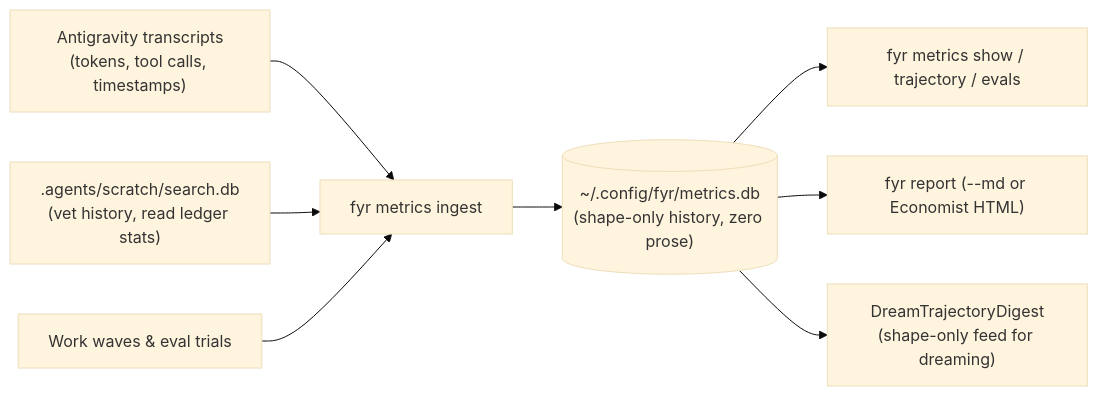
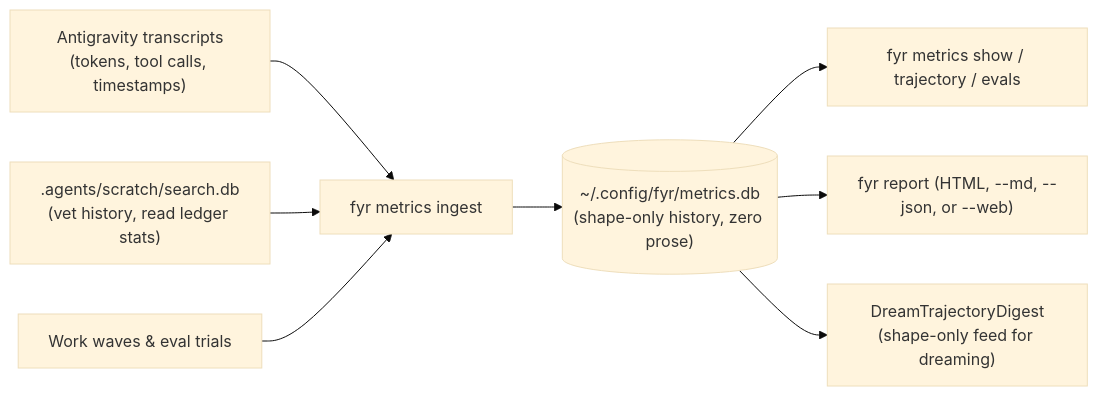
One commit to kesokaj/fyr changed the first of 2 diagrams in features/metrics-and-reports.md. Above: the diagram before and after it, drawn with Mermaid (base theme). The commit also changed other lines of this file and 12 other files, not shown here.

Commit message:
docs, graph, metrics: v9.4.0 living specs, reviews, Playwright E2E, and Wave 4b closeout

````diff
--- a/features/metrics-and-reports.md
+++ b/features/metrics-and-reports.md
@@ -9,10 +9,10 @@
 ```mermaid
 flowchart LR
     agyConv["Antigravity transcripts\n(tokens, tool calls, timestamps)"] --> ingestCmd["fyr metrics ingest"]
     searchDB[".agents/scratch/search.db\n(vet history, read ledger stats)"] --> ingestCmd
     waveStatus["Work waves & eval trials"] --> ingestCmd
     ingestCmd --> metricsDB[("~/.config/fyr/metrics.db\n(shape-only history, zero prose)")]
     metricsDB --> showCli["fyr metrics show / trajectory / evals"]
-    metricsDB --> reportCmd["fyr report (--md or Economist HTML)"]
+    metricsDB --> reportCmd["fyr report (HTML, --md, --json, or --web)"]
     metricsDB --> dreamDigest["DreamTrajectoryDigest\n(shape-only feed for dreaming)"]
 ```
````
